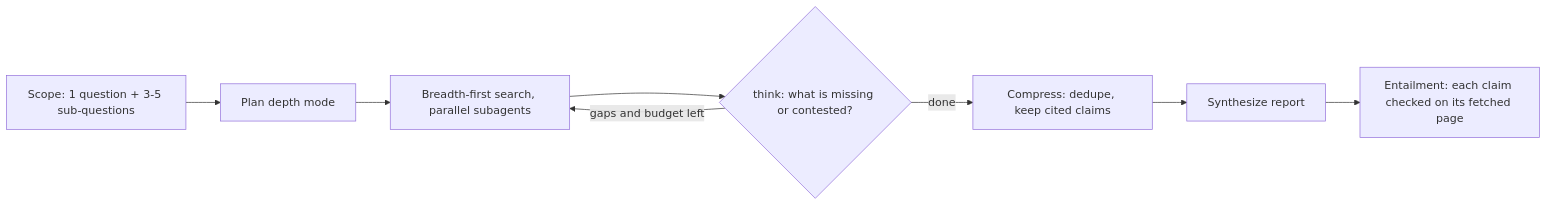
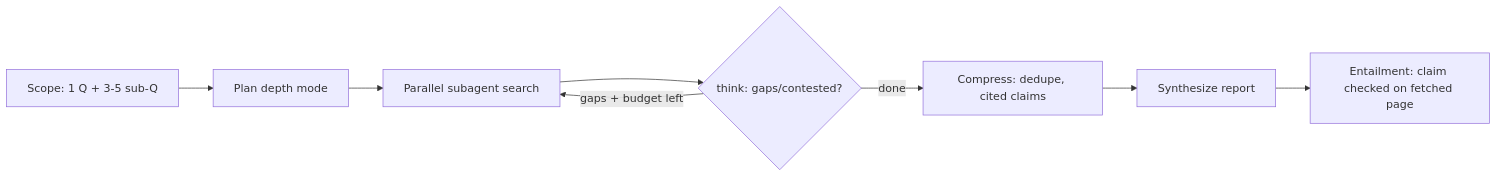
One commit to garikipatisai-code/sdlc-lean changed the diagram in .opencode/skills/deep-research/SKILL.md. Above: the diagram before and after it, drawn with Mermaid. The commit also changed other lines of this file, not shown here.

````diff
--- a/.opencode/skills/deep-research/SKILL.md
+++ b/.opencode/skills/deep-research/SKILL.md
@@ -11,10 +10,10 @@
 ```mermaid
 flowchart LR
-    S[Scope: 1 question + 3-5 sub-questions] --> P[Plan depth mode]
-    P --> B[Breadth-first search, parallel subagents]
-    B --> A{think: what is missing or contested?}
-    A -- gaps and budget left --> B
-    A -- done --> C[Compress: dedupe, keep cited claims]
+    S[Scope: 1 Q + 3-5 sub-Q] --> P[Plan depth mode]
+    P --> B[Parallel subagent search]
+    B --> A{think: gaps/contested?}
+    A -- gaps + budget left --> B
+    A -- done --> C[Compress: dedupe, cited claims]
     C --> R[Synthesize report]
-    R --> V[Entailment: each claim checked on its fetched page]
+    R --> V[Entailment: claim checked on fetched page]
 ```
````
